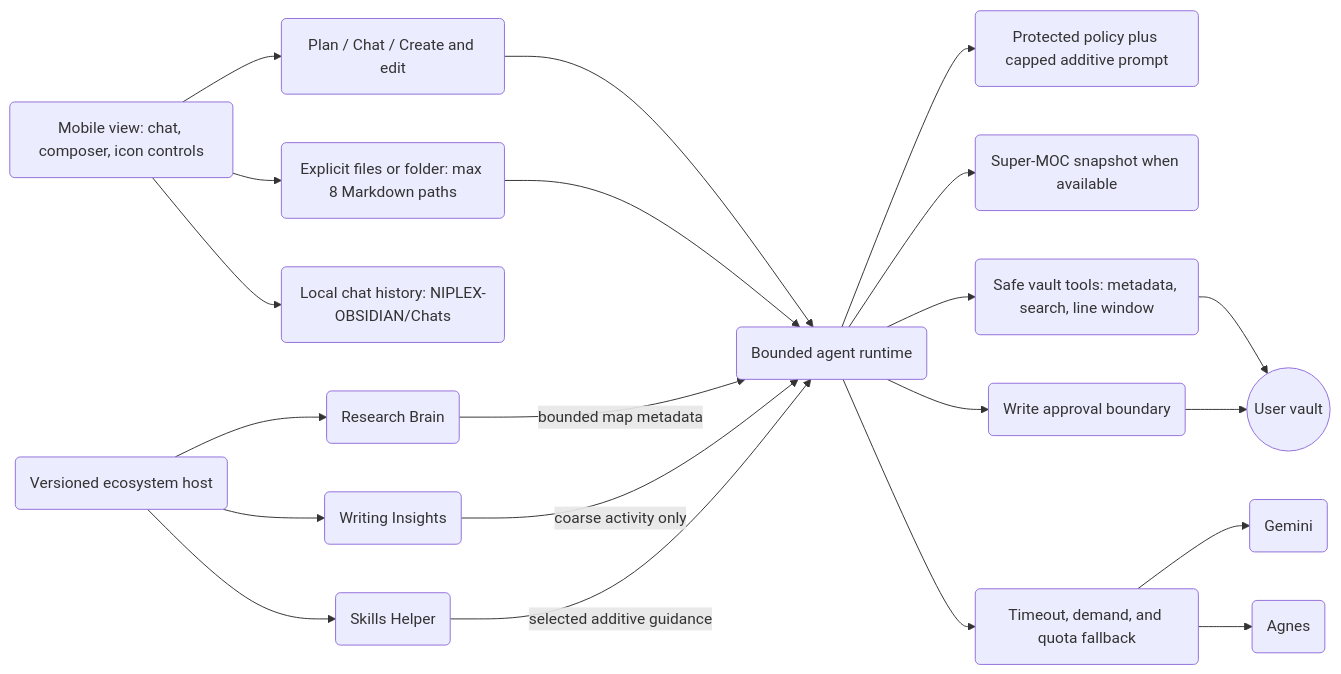
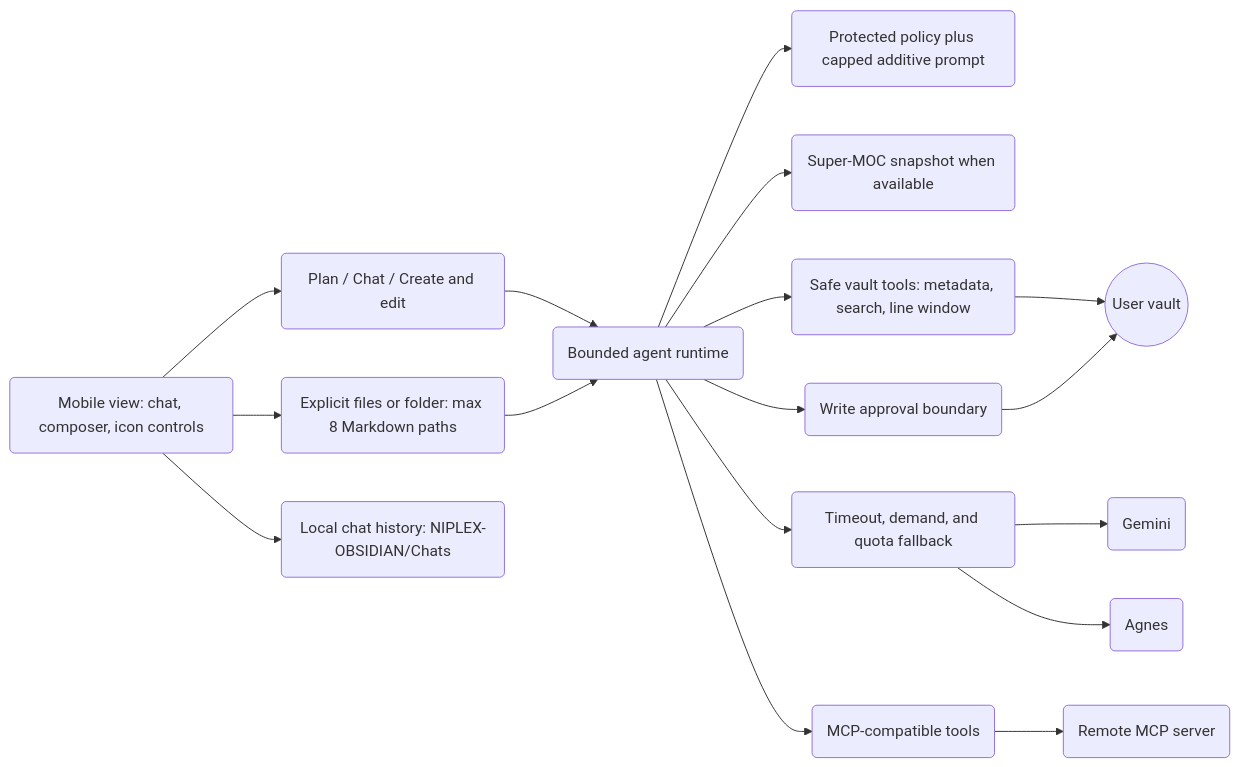
The first of 2 diagrams in README.md (Aj-Niplex/Niplex-obsidian-Research-AI), drawn with Mermaid before and after one commit. The commit also changed other lines of this file and 28 other files, not shown here.

Commit message:
Make Research AI standalone with MCP compatibility

````diff
--- a/README.md
+++ b/README.md
@@ -88,23 +71,19 @@
 ```mermaid
 flowchart LR
     UI("Mobile view: chat, composer, icon controls") --> MODE("Plan / Chat / Create and edit")
     UI --> ATTACH("Explicit files or folder: max 8 Markdown paths")
     UI --> HISTORY("Local chat history: NIPLEX-OBSIDIAN/Chats")
     MODE --> RUNTIME("Bounded agent runtime")
     ATTACH --> RUNTIME
     RUNTIME --> PROMPT("Protected policy plus capped additive prompt")
     RUNTIME --> MOC("Super-MOC snapshot when available")
     RUNTIME --> TOOLS("Safe vault tools: metadata, search, line window")
     RUNTIME --> FALLBACK("Timeout, demand, and quota fallback")
     FALLBACK --> GEMINI("Gemini")
     FALLBACK --> AGNES("Agnes")
     TOOLS --> VAULT(("User vault"))
     RUNTIME --> APPROVAL("Write approval boundary")
     APPROVAL --> VAULT
-    HOST("Versioned ecosystem host") --> BRAIN("Research Brain")
-    HOST --> INSIGHTS("Writing Insights")
-    HOST --> SKILLS("Skills Helper")
-    BRAIN -->|bounded map metadata| RUNTIME
-    INSIGHTS -->|coarse activity only| RUNTIME
-    SKILLS -->|selected additive guidance| RUNTIME
+    RUNTIME --> MCP("MCP-compatible tools")
+    MCP --> SERVER("Remote MCP server")
 ```
````
